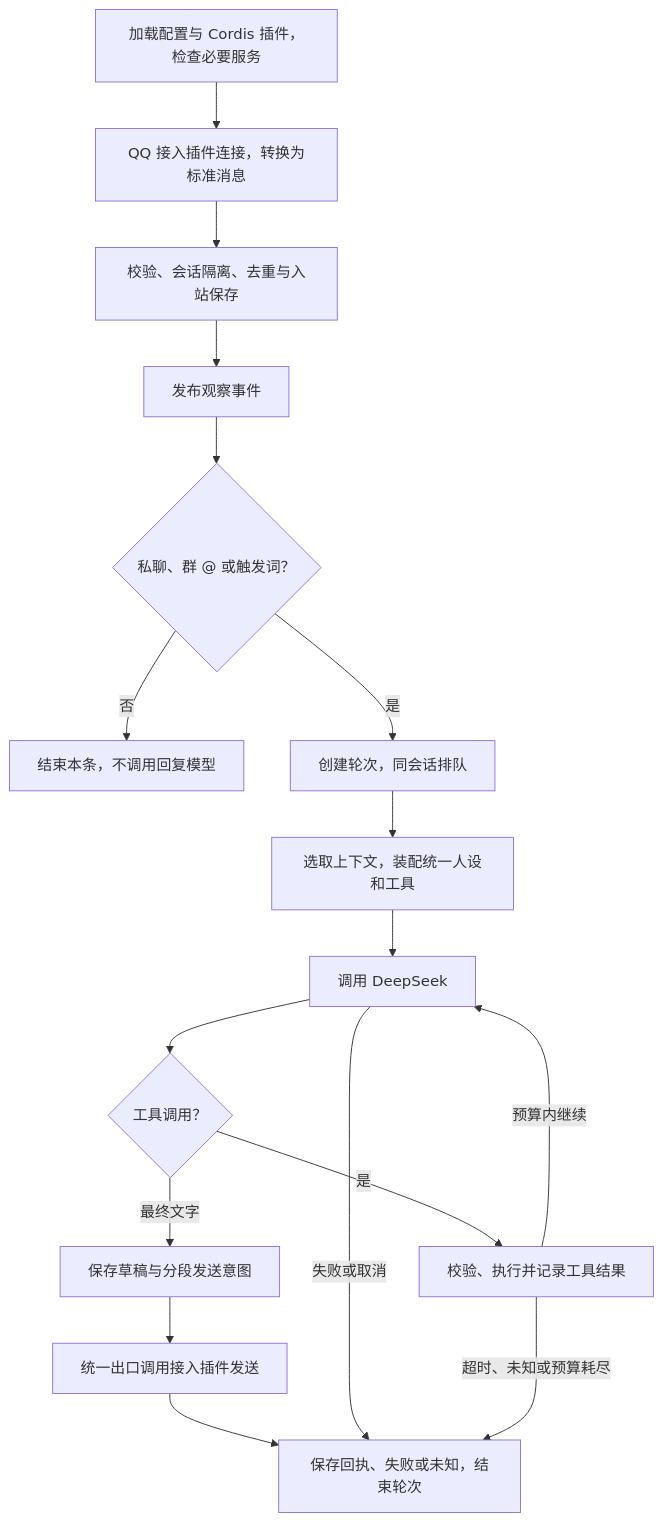
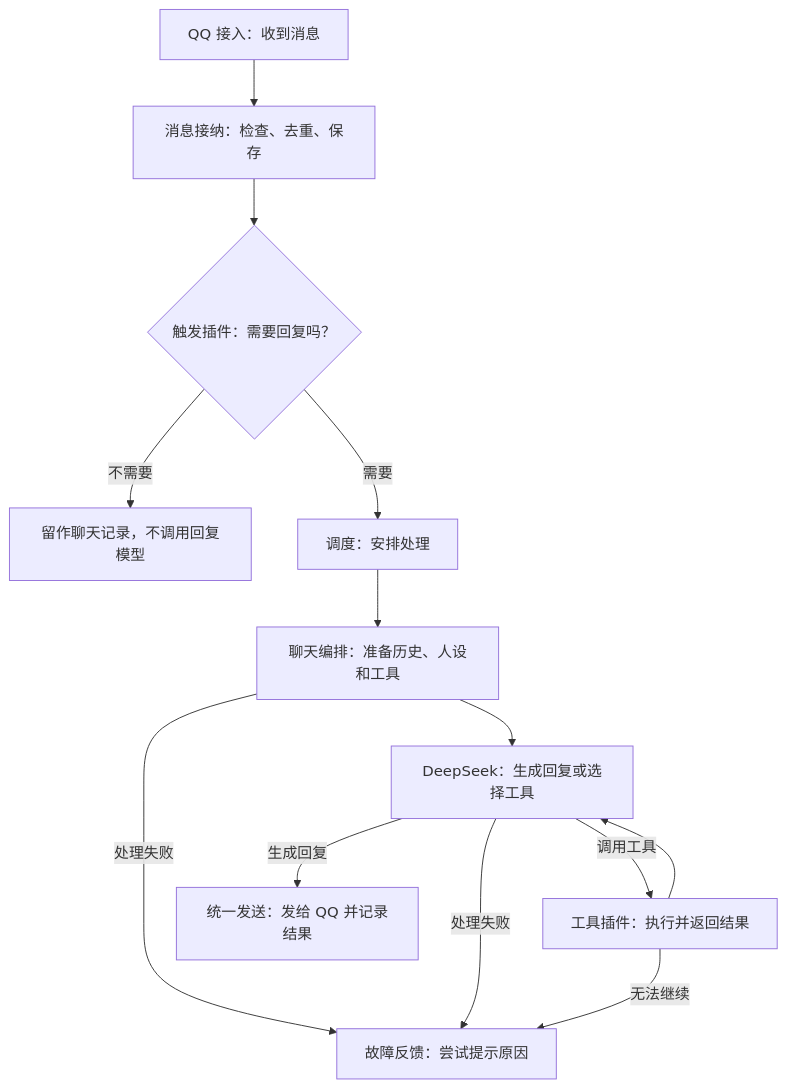
The diagram in Docs/主链路.md (doebkblcya/langbot), drawn with Mermaid before and after one commit. The commit also changed other lines of this file and 3 other files, not shown here.

Commit message:
docs: clarify product roadmap and delegate engineering upkeep [skip ci]

````diff
--- a/Docs/主链路.md
+++ b/Docs/主链路.md
@@ -9,19 +7,15 @@
 ```mermaid
 flowchart TD
-    A[加载配置与 Cordis 插件，检查必要服务] --> B[QQ 接入插件连接，转换为标准消息]
-    B --> C[校验、会话隔离、去重与入站保存]
-    C --> D[发布观察事件]
-    D --> E{私聊、群 @ 或触发词？}
-    E -->|否| F[结束本条，不调用回复模型]
-    E -->|是| G[创建轮次，同会话排队]
-    G --> H[选取上下文，装配统一人设和工具]
-    H --> I[调用 DeepSeek]
-    I --> J{工具调用？}
-    J -->|是| K[校验、执行并记录工具结果]
-    K -->|预算内继续| I
-    J -->|最终文字| L[保存草稿与分段发送意图]
-    L --> M[统一出口调用接入插件发送]
-    M --> N[保存回执、失败或未知，结束轮次]
-    I -->|失败或取消| N
-    K -->|超时、未知或预算耗尽| N
+    A[QQ 接入：收到消息] --> B[消息接纳：检查、去重、保存]
+    B --> C{触发插件：需要回复吗？}
+    C -->|不需要| D[留作聊天记录，不调用回复模型]
+    C -->|需要| E[调度：安排处理]
+    E --> F[聊天编排：准备历史、人设和工具]
+    F --> G[DeepSeek：生成回复或选择工具]
+    G -->|调用工具| H[工具插件：执行并返回结果]
+    H --> G
+    G -->|生成回复| I[统一发送：发给 QQ 并记录结果]
+    F -->|处理失败| J[故障反馈：尝试提示原因]
+    G -->|处理失败| J
+    H -->|无法继续| J
 ```
````
